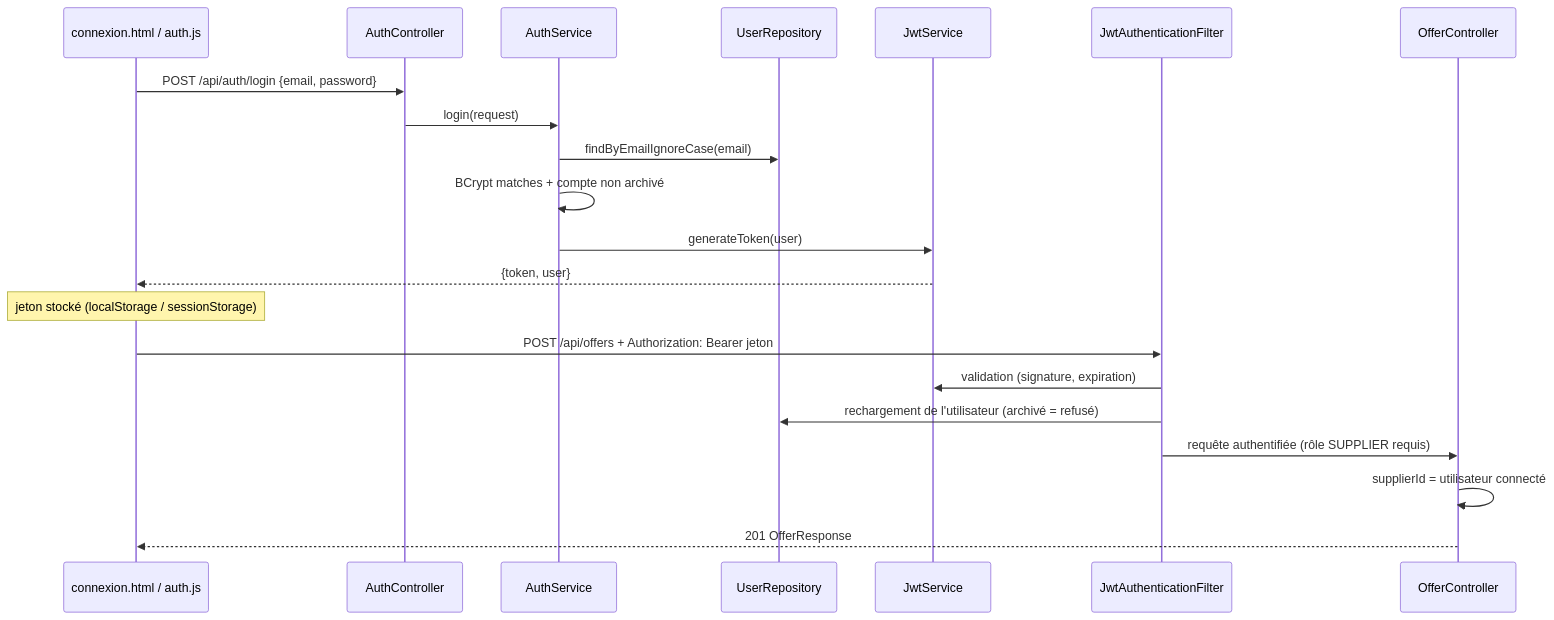
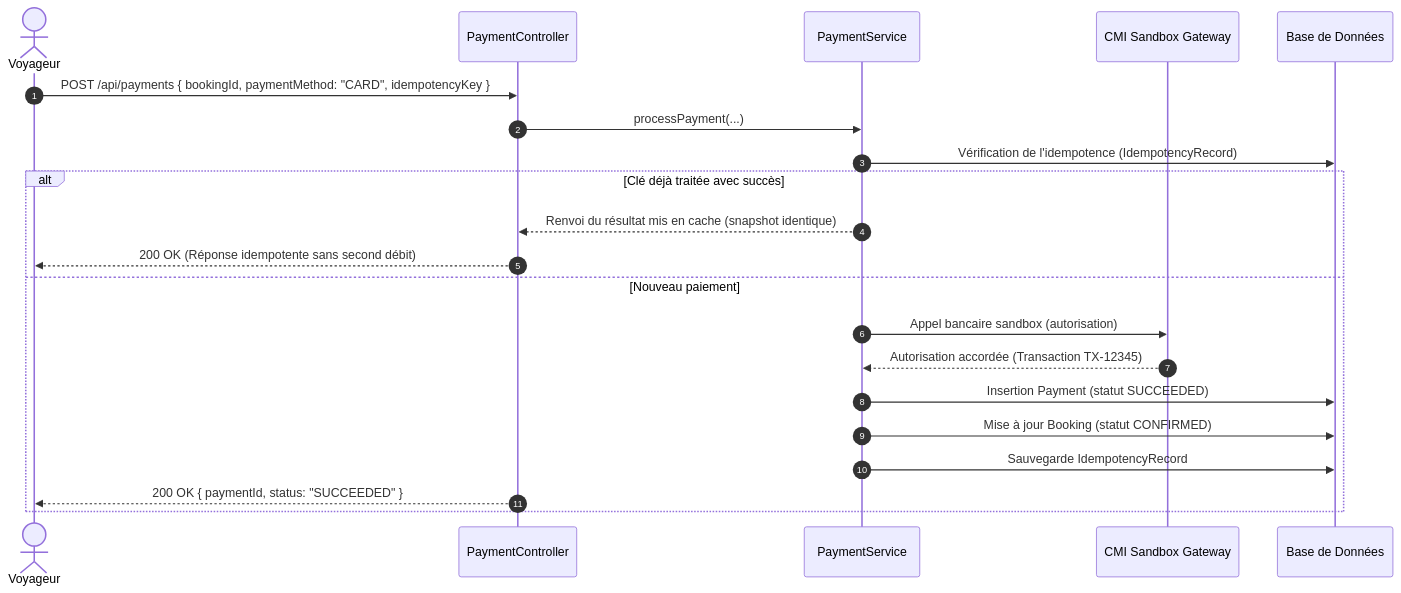
One commit to achrafes20/travel-agency-app changed the seventh of 12 diagrams in docs/architecture.md. Above: the diagram before and after it, drawn with Mermaid. The commit also changed other lines of this file and 911 other files, not shown here.

````diff
--- a/docs/architecture.md
+++ b/docs/architecture.md
@@ -275,25 +962,24 @@
 ```mermaid
 sequenceDiagram
-    participant F as connexion.html / auth.js
-    participant A as AuthController
-    participant S as AuthService
-    participant R as UserRepository
-    participant J as JwtService
-    participant X as JwtAuthenticationFilter
-    participant C as OfferController
+    autonumber
+    actor Client as Voyageur
+    participant Pay as PaymentController
+    participant PaySvc as PaymentService
+    participant Gateway as CMI Sandbox Gateway
+    participant DB as Base de Données
 
-    F->>A: POST /api/auth/login {email, password}
-    A->>S: login(request)
-    S->>R: findByEmailIgnoreCase(email)
-    S->>S: BCrypt matches + compte non archivé
-    S->>J: generateToken(user)
-    J-->>F: {token, user}
-    Note over F: jeton stocké (localStorage / sessionStorage)
-
-    F->>X: POST /api/offers + Authorization: Bearer jeton
-    X->>J: validation (signature, expiration)
-    X->>R: rechargement de l'utilisateur (archivé = refusé)
-    X->>C: requête authentifiée (rôle SUPPLIER requis)
-    C->>C: supplierId = utilisateur connecté
-    C-->>F: 201 OfferResponse
+    Client->>Pay: POST /api/payments { bookingId, paymentMethod: "CARD", idempotencyKey }
+    Pay->>PaySvc: processPayment(...)
+    PaySvc->>DB: Vérification de l'idempotence (IdempotencyRecord)
+    alt Clé déjà traitée avec succès
+        PaySvc-->>Pay: Renvoi du résultat mis en cache (snapshot identique)
+        Pay-->>Client: 200 OK (Réponse idempotente sans second débit)
+    else Nouveau paiement
+        PaySvc->>Gateway: Appel bancaire sandbox (autorisation)
+        Gateway-->>PaySvc: Autorisation accordée (Transaction TX-12345)
+        PaySvc->>DB: Insertion Payment (statut SUCCEEDED)
+        PaySvc->>DB: Mise à jour Booking (statut CONFIRMED)
+        PaySvc->>DB: Sauvegarde IdempotencyRecord
+        Pay-->>Client: 200 OK { paymentId, status: "SUCCEEDED" }
+    end
 ```
````
